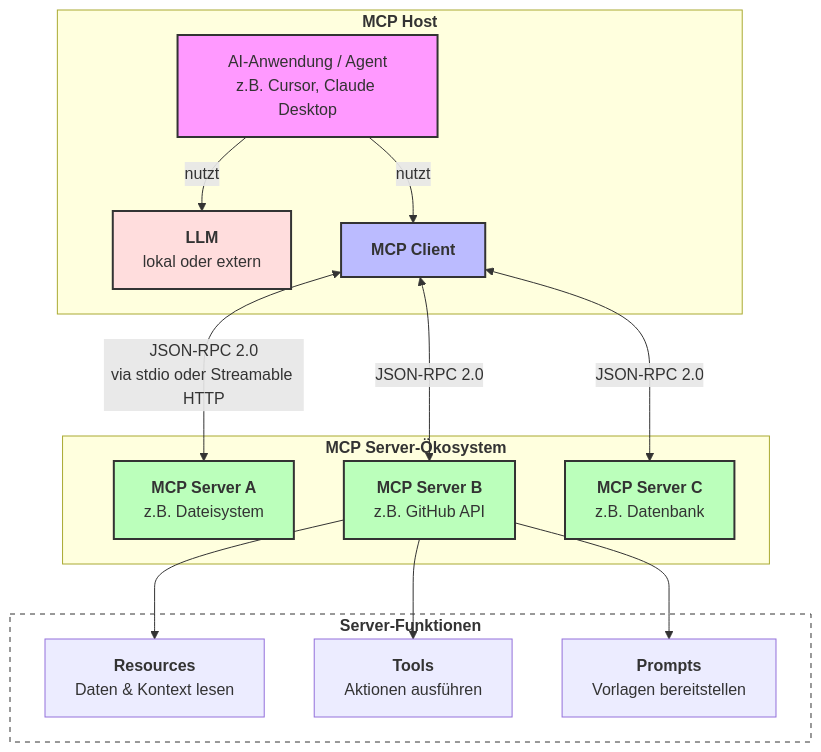
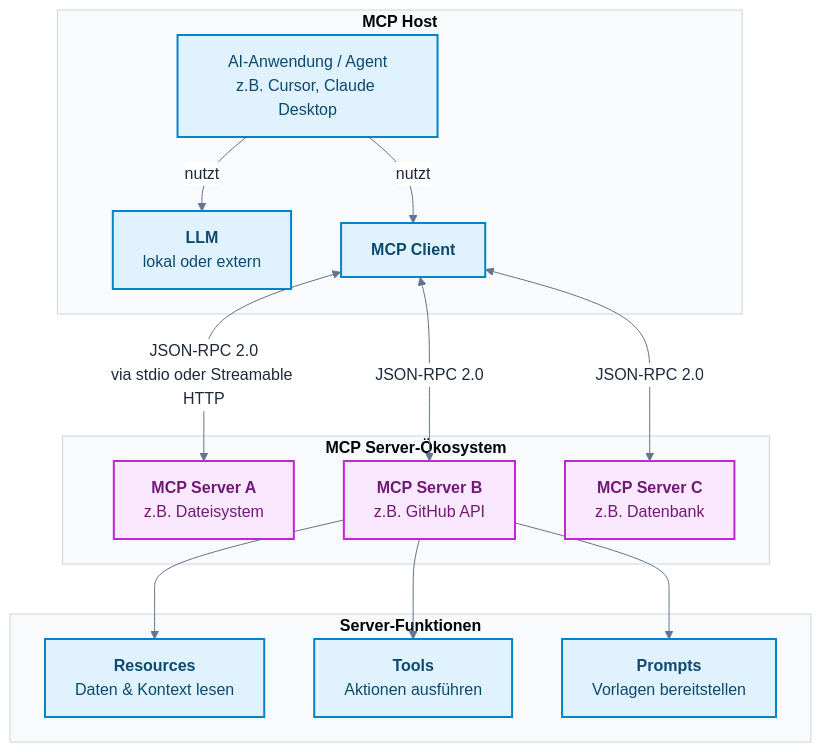
Before and after one commit to ralf-42/GenAI: the first of 2 diagrams in docs/08-agenten/mcp-model-context-protocol.md, drawn with Mermaid. The commit also changed other lines of this file and 25 other files, not shown here.

````diff
--- a/docs/08-agenten/mcp-model-context-protocol.md
+++ b/docs/08-agenten/mcp-model-context-protocol.md
@@ -38,61 +38,72 @@
 ```mermaid
+---
+config:
+  theme: base
+  look: classic
+  themeVariables:
+    primaryColor: '#e0f2fe'
+    primaryBorderColor: '#0284c7'
+    primaryTextColor: '#1e293b'
+    lineColor: '#64748b'
+    clusterBkg: '#f8fafc'
+    clusterBorder: '#cbd5e1'
+    noteBkgColor: '#fef3c7'
+    noteBorderColor: '#d97706'
+    noteTextColor: '#78350f'
+    edgeLabelBackground: '#ffffff'
+---
+
 graph TD
 
     %% Host / Client-Seite
     subgraph Host_Umgebung ["<b>MCP Host</b>"]
 
         App["AI-Anwendung / Agent<br>z.B. Cursor, Claude Desktop"]
 
         LLM["<b>LLM</b><br>lokal oder extern"]
 
         Client["<b>MCP Client</b>"]
 
         App -->|"nutzt"| LLM
         App -->|"nutzt"| Client
 
     end
 
     %% Server-Seite
     subgraph Server_Seite ["<b>MCP Server-Ökosystem</b>"]
 
         Server1["<b>MCP Server A</b><br>z.B. Dateisystem"]
 
         Server2["<b>MCP Server B</b><br>z.B. GitHub API"]
 
         Server3["<b>MCP Server C</b><br>z.B. Datenbank"]
 
     end
 
     %% Kommunikation
     Client <-->|"JSON-RPC 2.0<br>via stdio oder Streamable HTTP"| Server1
 
     Client <-->|"JSON-RPC 2.0"| Server2
 
     Client <-->|"JSON-RPC 2.0"| Server3
 
     %% MCP-Funktionalitäten
     subgraph MCP_Features ["<b>Server-Funktionen</b>"]
 
         F1["<b>Resources</b><br>Daten & Kontext lesen"]
 
         F2["<b>Tools</b><br>Aktionen ausführen"]
 
         F3["<b>Prompts</b><br>Vorlagen bereitstellen"]
 
     end
 
     Server2 --> F1
     Server2 --> F2
     Server2 --> F3
 
-    %% Styling
-    style App fill:#f9f,stroke:#333,stroke-width:2px
-    style LLM fill:#fdd,stroke:#333,stroke-width:2px
-    style Client fill:#bbf,stroke:#333,stroke-width:2px
-
-    style Server1 fill:#bfb,stroke:#333,stroke-width:2px
-    style Server2 fill:#bfb,stroke:#333,stroke-width:2px
-    style Server3 fill:#bfb,stroke:#333,stroke-width:2px
-
-    style MCP_Features fill:#fff,stroke:#333,stroke-dasharray: 5 5
+%% Funktionsfarben nach Mermaid_Best_Practices.md
+classDef default fill:#e0f2fe,stroke:#0284c7,stroke-width:2px,color:#0c4a6e;
+classDef target fill:#fae8ff,stroke:#c026d3,stroke-width:2px,color:#701a75;
+class Server1,Server2,Server3 target;
 ```
````
